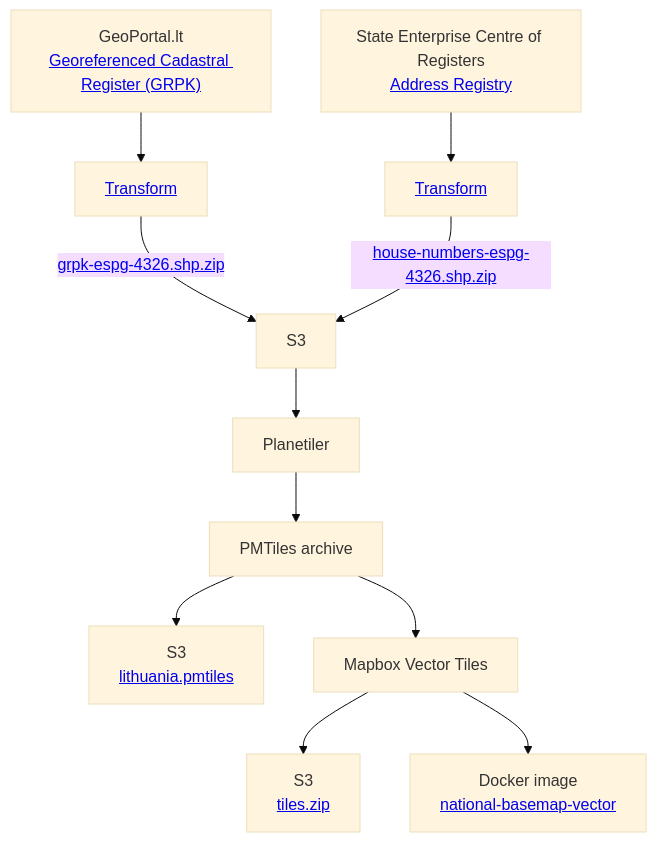
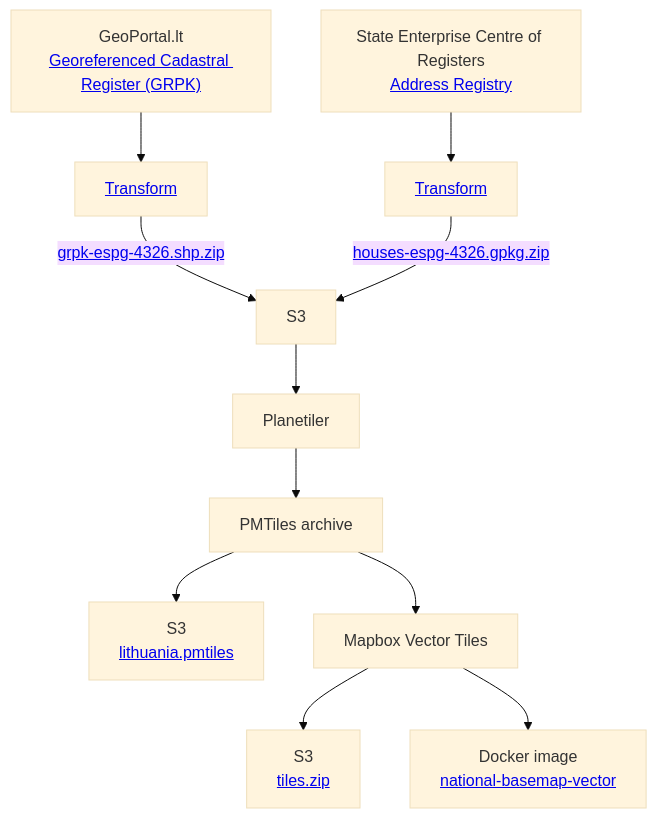
The diagram in README.md (govlt/national-basemap), drawn with Mermaid (base theme) before and after one commit. The commit also changed 1 other file, not shown here.

Commit message:
Correct url with gpkg address registry file

````diff
--- a/README.md
+++ b/README.md
@@ -166,12 +166,12 @@
 ```mermaid
 flowchart TD
     grpk["GeoPortal.lt\n<a href="https://www.geoportal.lt/geoportal/web/georeferencinio-pagrindo-kadastras-grpk">Georeferenced Cadastral Register (GRPK)</a>"]-->transform-grpk["<a href="https://github.com/govlt/national-basemap/blob/main/.github/workflows/basemap-vector-data-source.yml">Transform</a>"]-->|"<a href="https://cdn.startupgov.lt/tiles/vector/sources/grpk/grpk-espg-4326.shp.zip">grpk-espg-4326.shp.zip</a>"|S3
-    ar["State Enterprise Centre of Registers\n<a href="https://www.registrucentras.lt/p/1187">Address Registry</a>"]-->transform-ar["<a href="https://github.com/govlt/national-basemap/blob/main/.github/workflows/basemap-vector-data-source.yml">Transform</a>"]-->|"<a href="https://cdn.startupgov.lt/tiles/vector/sources/address-registry/house-numbers-espg-4326.shp.zip">house-numbers-espg-4326.shp.zip</a>"|S3
+    ar["State Enterprise Centre of Registers\n<a href="https://www.registrucentras.lt/p/1187">Address Registry</a>"]-->transform-ar["<a href="https://github.com/govlt/national-basemap/blob/main/.github/workflows/basemap-vector-data-source.yml">Transform</a>"]-->|"<a href="https://cdn.startupgov.lt/tiles/vector/sources/address-registry/houses-espg-4326.gpkg.zip">houses-espg-4326.gpkg.zip</a>"|S3
 S3-->Planetiler-->PMTiles["PMTiles archive"]
 
 PMTiles-->s3-pmtiles["S3\n<a href="https://cdn.startupgov.lt/tiles/vector/pmtiles/lithuania.pmtiles">lithuania.pmtiles</a>"]
 
 PMTiles-->mvt["Mapbox Vector Tiles"]
 mvt-->tiles["S3\n<a href="https://cdn.startupgov.lt/tiles/vector/mvt/tiles.zip">tiles.zip</a>"]
 mvt-->docker-image["Docker image\n<a href="https://github.com/govlt/national-basemap/pkgs/container/national-basemap-vector">national-basemap-vector</a>"]
 ```
````
